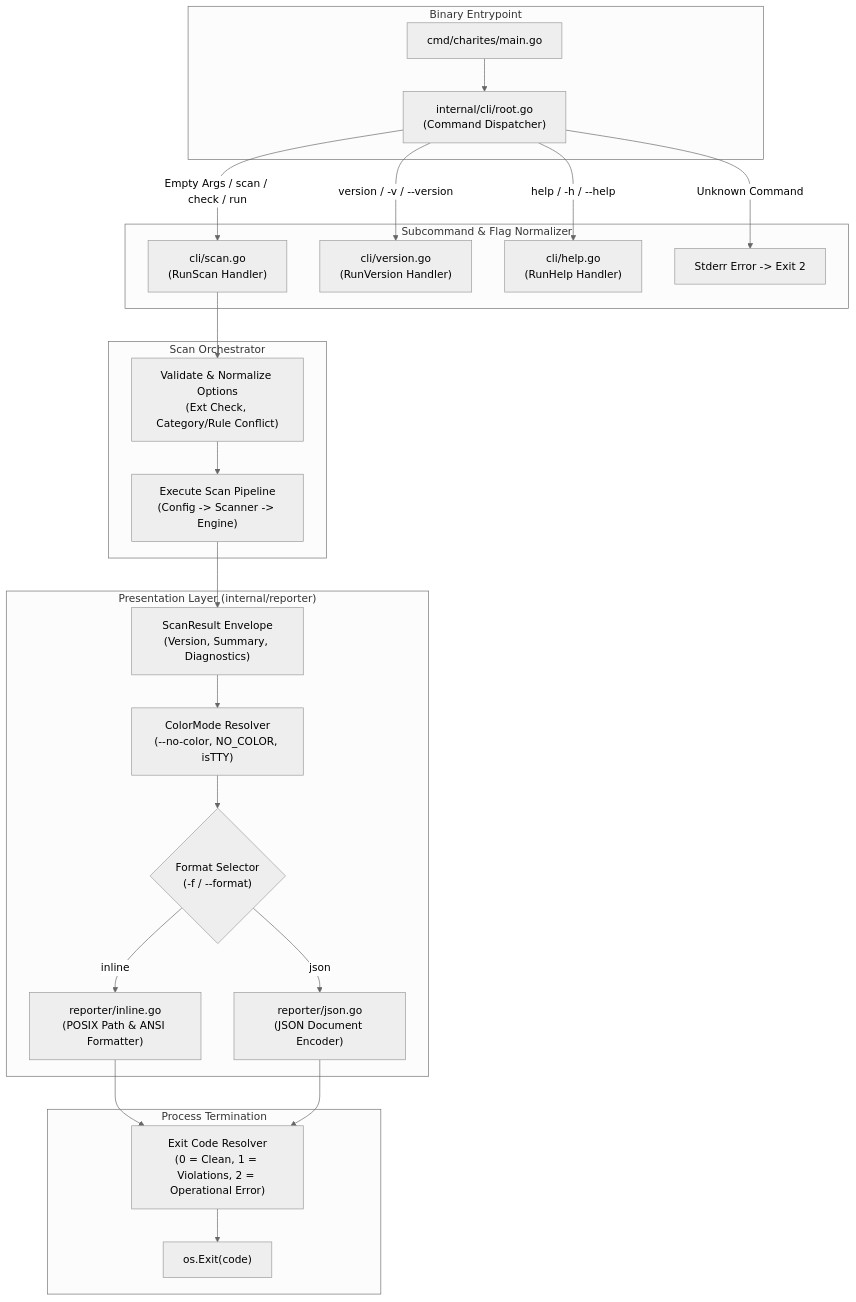
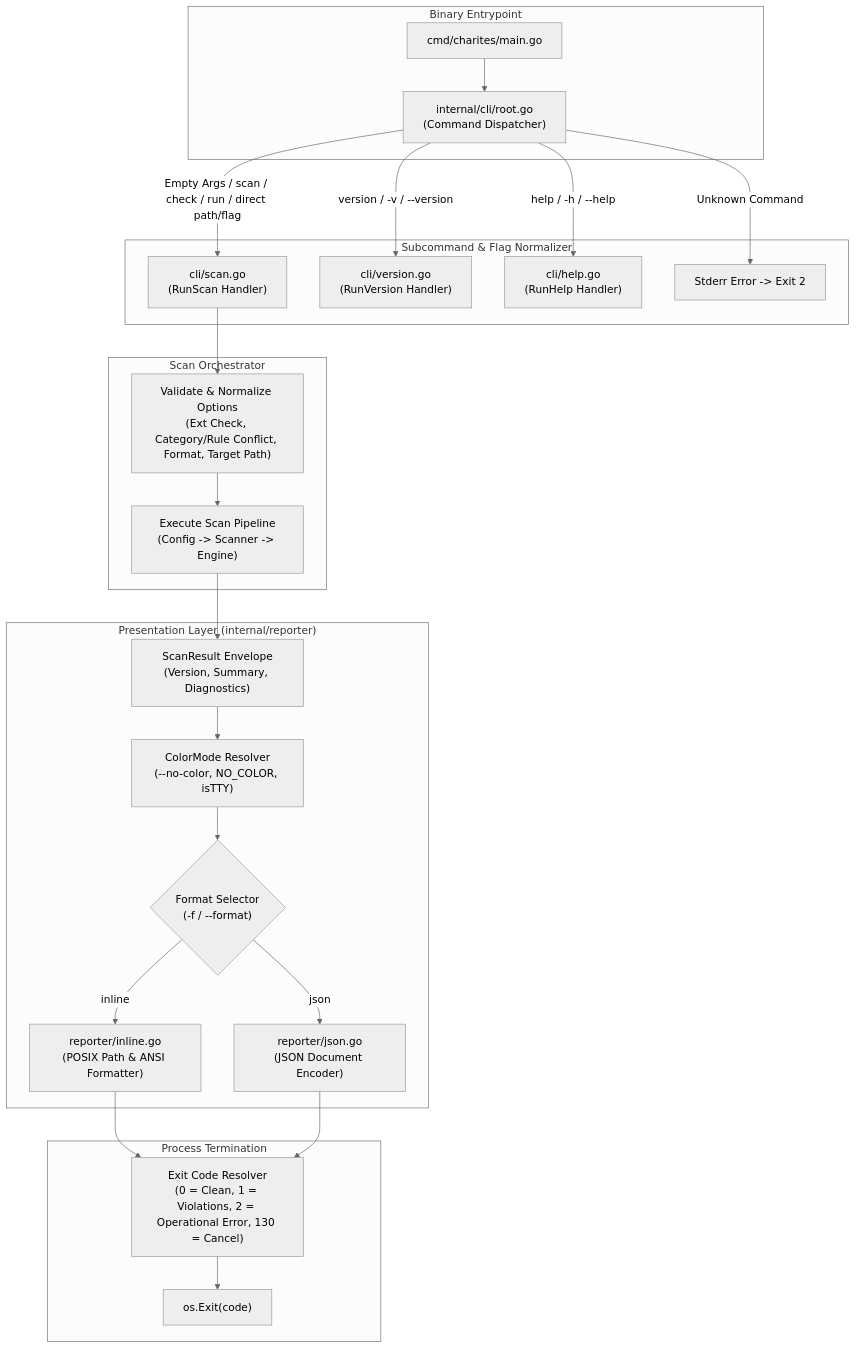
The diagram in docs/02-architecture/05-cli.md (will2469/charites), drawn with Mermaid (neutral theme) before and after one commit. The commit also changed other lines of this file and 4 other files, not shown here.

````diff
--- a/docs/02-architecture/05-cli.md
+++ b/docs/02-architecture/05-cli.md
@@ -15,32 +17,32 @@
 ```mermaid
 flowchart TD
     subgraph Entry ["Binary Entrypoint"]
         Main["cmd/charites/main.go"] --> Root["internal/cli/root.go\n(Command Dispatcher)"]
     end
 
     subgraph Dispatcher ["Subcommand & Flag Normalizer"]
-        Root -->|Empty Args / scan / check / run| ScanCmd["cli/scan.go\n(RunScan Handler)"]
+        Root -->|Empty Args / scan / check / run / direct path/flag| ScanCmd["cli/scan.go\n(RunScan Handler)"]
         Root -->|version / -v / --version| VersionCmd["cli/version.go\n(RunVersion Handler)"]
         Root -->|help / -h / --help| HelpCmd["cli/help.go\n(RunHelp Handler)"]
         Root -->|Unknown Command| ErrorHandler["Stderr Error -> Exit 2"]
     end
 
     subgraph Controller ["Scan Orchestrator"]
-        ScanCmd --> Validator["Validate & Normalize Options\n(Ext Check, Category/Rule Conflict)"]
+        ScanCmd --> Validator["Validate & Normalize Options\n(Ext Check, Category/Rule Conflict, Format, Target Path)"]
         Validator --> Orchestrate["Execute Scan Pipeline\n(Config -> Scanner -> Engine)"]
     end
 
     subgraph Presenter ["Presentation Layer (internal/reporter)"]
         Orchestrate --> Result["ScanResult Envelope\n(Version, Summary, Diagnostics)"]
         Result --> ColorResolver["ColorMode Resolver\n(--no-color, NO_COLOR, isTTY)"]
         ColorResolver --> FormatSwitch{"Format Selector\n(-f / --format)"}
         FormatSwitch -- "inline" --> Inline["reporter/inline.go\n(POSIX Path & ANSI Formatter)"]
         FormatSwitch -- "json" --> JSON["reporter/json.go\n(JSON Document Encoder)"]
     end
 
     subgraph Exit ["Process Termination"]
-        Inline --> ExitResolver["Exit Code Resolver\n(0 = Clean, 1 = Violations, 2 = Operational Error)"]
+        Inline --> ExitResolver["Exit Code Resolver\n(0 = Clean, 1 = Violations, 2 = Operational Error, 130 = Cancel)"]
         JSON --> ExitResolver
         ExitResolver --> OSExit["os.Exit(code)"]
     end
 ```
````
